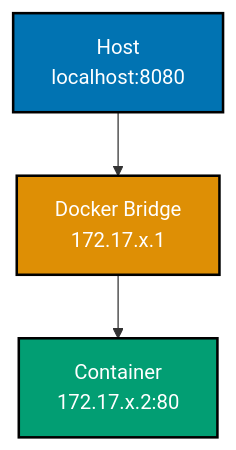
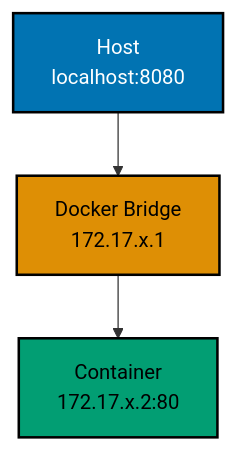
One commit to wahidyankf/ose-public changed the fourth of 8 diagrams in apps/ayokoding-www/content/en/learn/legacy/software-engineering/infrastructure/tools/docker/by-example/beginner.md. Above: the diagram before and after it, drawn with Mermaid. The commit also changed other lines of this file and 131 other files, not shown here.

First line of the commit message:
fix(mermaid): bring the legacy data, infrastructure, and testing diagrams onto the accessible palette

````diff
--- a/apps/ayokoding-www/content/en/learn/legacy/software-engineering/infrastructure/tools/docker/by-example/beginner.md
+++ b/apps/ayokoding-www/content/en/learn/legacy/software-engineering/infrastructure/tools/docker/by-example/beginner.md
@@ -852,11 +870,17 @@
 ```mermaid
 %% Color Palette: Blue #0173B2, Orange #DE8F05, Teal #029E73, Purple #CC78BC, Brown #CA9161
 %% Port mapping flow
 graph TD
+ accTitle: Example 12: Container Port Mapping
+ accDescr: Graph with 3 nodes and 2 connections. Nodes: Host localhost:8080, Docker Bridge 172.17.x.1, Container 172.17.x.2:80. Connections: Host localhost:8080 to Docker Bridge 172.17.x.1, Docker Bridge 172.17.x.1 to Container 172.17.x.2:80.
  A["Host<br/>localhost:8080"] --> B["Docker Bridge<br/>172.17.x.1"]
  B --> C["Container<br/>172.17.x.2:80"]
 
- style A fill:#0173B2,stroke:#000000,stroke-width:2px,color:#fff
- style B fill:#DE8F05,stroke:#000000,stroke-width:2px,color:#fff
- style C fill:#029E73,stroke:#000000,stroke-width:2px,color:#fff
+ classDef pal-0173B2 fill:#0173B2,stroke:#000000,color:#FFFFFF,stroke-width:2px
+ class A pal-0173B2
+ classDef pal-DE8F05 fill:#DE8F05,stroke:#000000,color:#000000,stroke-width:2px
+ class B pal-DE8F05
+ classDef pal-029E73 fill:#029E73,stroke:#000000,color:#000000,stroke-width:2px
+ class C pal-029E73
+ classDef default fill:#FFFFFF,stroke:#000000,color:#000000
 ```
````
